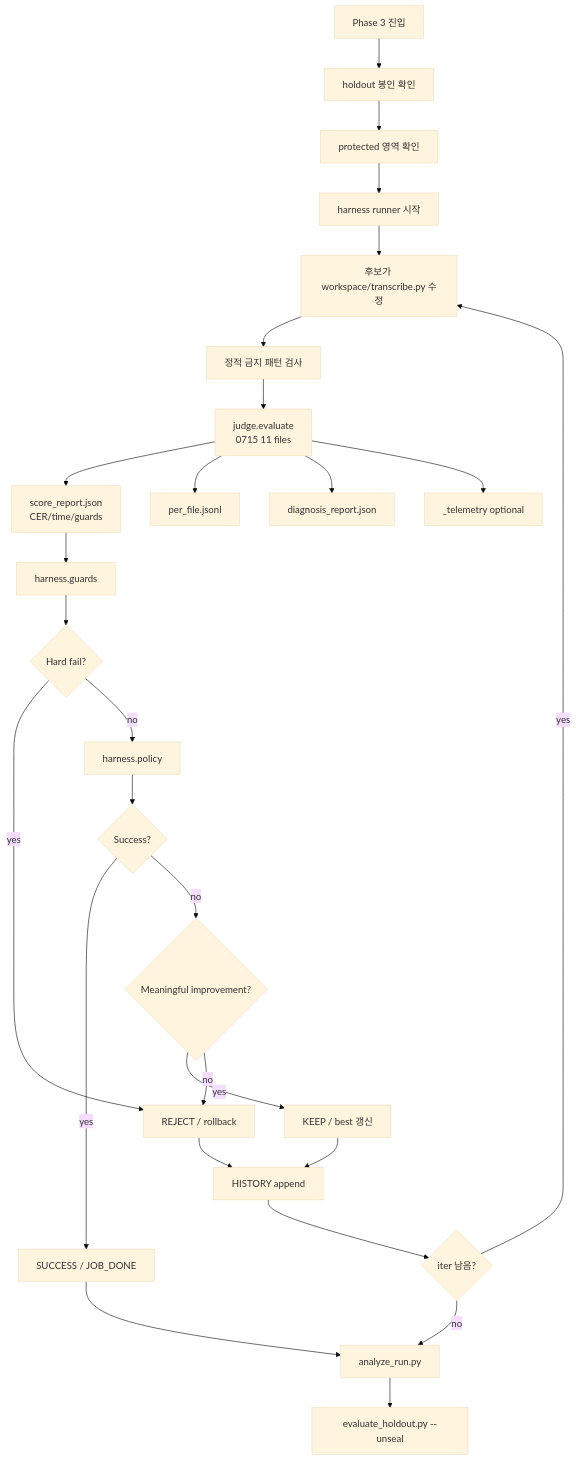
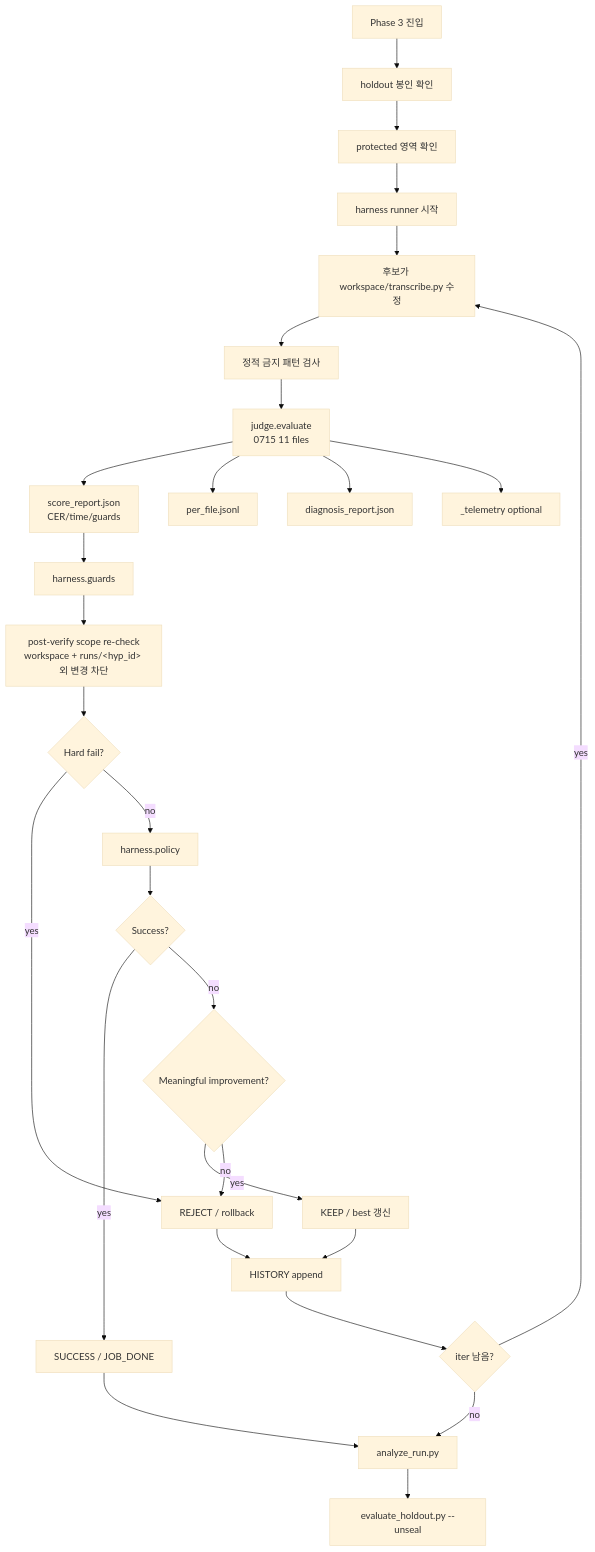
One commit to YuBeomGon/stt-pipe changed the first of 3 diagrams in docs/PHASE3-LOOP.md. Above: the diagram before and after it, drawn with Mermaid (base theme). The commit also changed other lines of this file and 8 other files, not shown here.

````diff
--- a/docs/PHASE3-LOOP.md
+++ b/docs/PHASE3-LOOP.md
@@ -10,33 +10,34 @@
 ```mermaid
 flowchart TD
     A[Phase 3 진입] --> B[holdout 봉인 확인]
     B --> C[protected 영역 확인]
     C --> D[harness runner 시작]
 
     D --> E[후보가 workspace/transcribe.py 수정]
     E --> F[정적 금지 패턴 검사]
     F --> G[judge.evaluate<br/>0715 11 files]
 
     G --> H[score_report.json<br/>CER/time/guards]
     G --> I[per_file.jsonl]
     G --> J[diagnosis_report.json]
     G --> K[_telemetry optional]
 
     H --> L[harness.guards]
-    L --> M{Hard fail?}
+    L --> SV[post-verify scope re-check<br/>workspace + runs/&lt;hyp_id&gt; 외 변경 차단]
+    SV --> M{Hard fail?}
     M -->|yes| R[REJECT / rollback]
     M -->|no| N[harness.policy]
     N --> O{Success?}
     O -->|yes| S[SUCCESS / JOB_DONE]
     O -->|no| P{Meaningful improvement?}
     P -->|yes| Q[KEEP / best 갱신]
     P -->|no| R
 
     Q --> T[HISTORY append]
     R --> T
     T --> U{iter 남음?}
     U -->|yes| E
     U -->|no| V[analyze_run.py]
     S --> V
     V --> W[evaluate_holdout.py --unseal]
 ```
````
